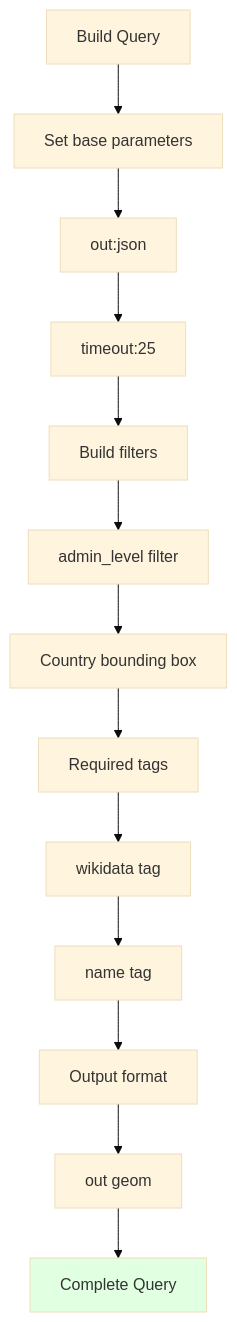
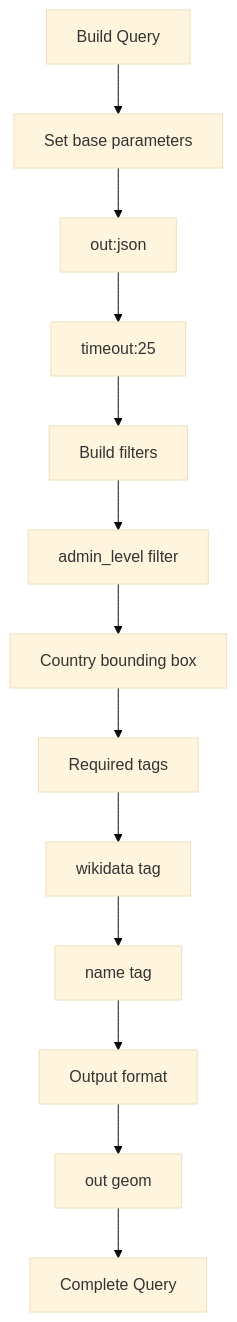
One commit to DaxServer/geocode-commons-categories changed the third of 19 diagrams in docs/import/api-interactions.md. Above: the diagram before and after it, drawn with Mermaid (base theme). The commit also changed other lines of this file and 5 other files, not shown here.

````diff
--- a/docs/import/api-interactions.md
+++ b/docs/import/api-interactions.md
@@ -64,21 +60,20 @@
 ```mermaid
 graph TD
     START[Build Query] --> BASE[Set base parameters]
     BASE --> OUT[out:json]
     OUT --> TIMEOUT_Q[timeout:25]
 
     TIMEOUT_Q --> FILTER[Build filters]
     FILTER --> ADMIN[admin_level filter]
     ADMIN --> COUNTRY[Country bounding box]
 
     COUNTRY --> TAGS[Required tags]
     TAGS --> WD_TAG[wikidata tag]
     WD_TAG --> NAME_TAG[name tag]
 
     NAME_TAG --> OUTPUT[Output format]
     OUTPUT --> OUT_GEOM[out geom]
 
     OUT_GEOM --> COMPLETE[Complete Query]
 
-    style COMPLETE fill:#e1ffe1
 ```
````
